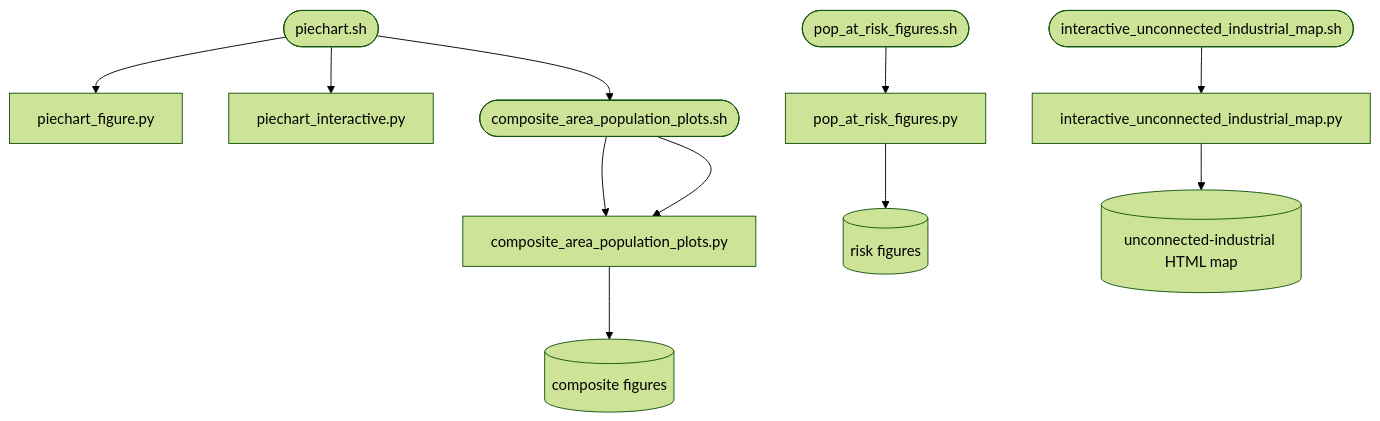
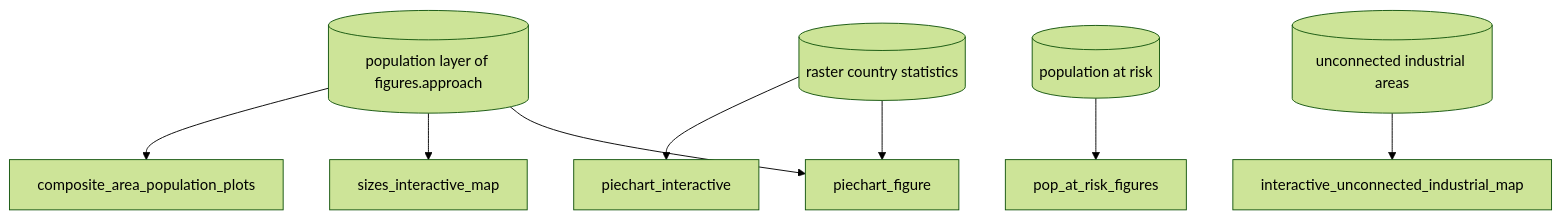
Before and after one commit to erennere/Global-WWTP-Service-Zones-and-Risk-Pipeline: the diagram in wwtp/figures_scripts/README.md, drawn with Mermaid (forest theme). The commit also changed other lines of this file and 64 other files, not shown here.

````diff
--- a/wwtp/figures_scripts/README.md
+++ b/wwtp/figures_scripts/README.md
@@ -49,16 +45,10 @@
 ```mermaid
 graph TD
-  A([piechart.sh]) --> B[piechart_figure.py]
-  A --> C[piechart_interactive.py]
-  A --> D[sizes_interactive_map.py]
-  D --> E[(sizes map geojson/html outputs)]
-
-  D([composite_area_population_plots.sh]) --> E[composite_area_population_plots.py]
-  E --> F[(composite figures)]
-
-  G([pop_at_risk_figures.sh]) --> H[pop_at_risk_figures.py]
-  H --> I[(risk figures)]
-
-  J([interactive_unconnected_industrial_map.sh]) --> K[interactive_unconnected_industrial_map.py]
-  K --> L[(unconnected-industrial HTML map)]
+  S[(population layer of figures.approach)] --> B[piechart_figure]
+  T[(raster country statistics)] --> B
+  T --> C[piechart_interactive]
+  S --> D[sizes_interactive_map]
+  S --> E[composite_area_population_plots]
+  R[(population at risk)] --> G[pop_at_risk_figures]
+  U[(unconnected industrial areas)] --> K[interactive_unconnected_industrial_map]
 ```
````
